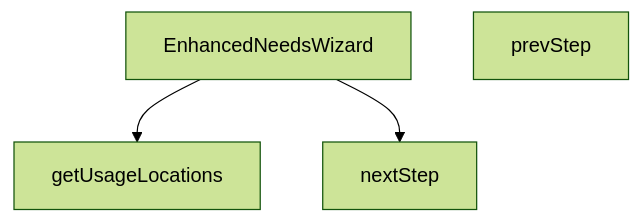
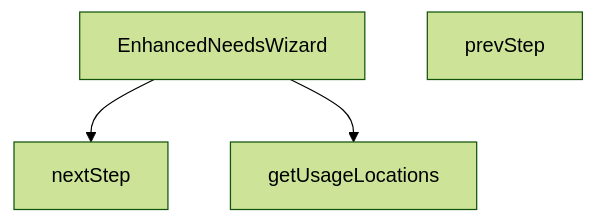
The diagram in src/components/category/EnhancedNeedsWizard.md (peckop/venthub-hvac-esite), drawn with Mermaid (forest theme) before and after one commit. The commit also changed other lines of this file and 723 other files, not shown here.

````diff
--- a/src/components/category/EnhancedNeedsWizard.md
+++ b/src/components/category/EnhancedNeedsWizard.md
@@ -163,9 +148,9 @@
 ```mermaid
 graph TD
     EnhancedNeedsWizard_tsx__EnhancedNeedsWizard["EnhancedNeedsWizard"]
     EnhancedNeedsWizard_tsx__getUsageLocations["getUsageLocations"]
     EnhancedNeedsWizard_tsx__nextStep["nextStep"]
     EnhancedNeedsWizard_tsx__prevStep["prevStep"]
+    EnhancedNeedsWizard_tsx__EnhancedNeedsWizard --> EnhancedNeedsWizard_tsx__nextStep
     EnhancedNeedsWizard_tsx__EnhancedNeedsWizard --> EnhancedNeedsWizard_tsx__getUsageLocations
-    EnhancedNeedsWizard_tsx__EnhancedNeedsWizard --> EnhancedNeedsWizard_tsx__nextStep
 ```
````
